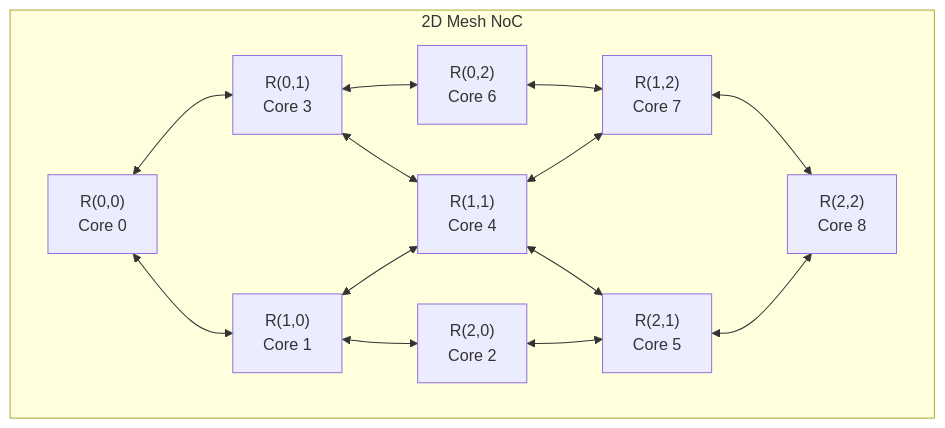
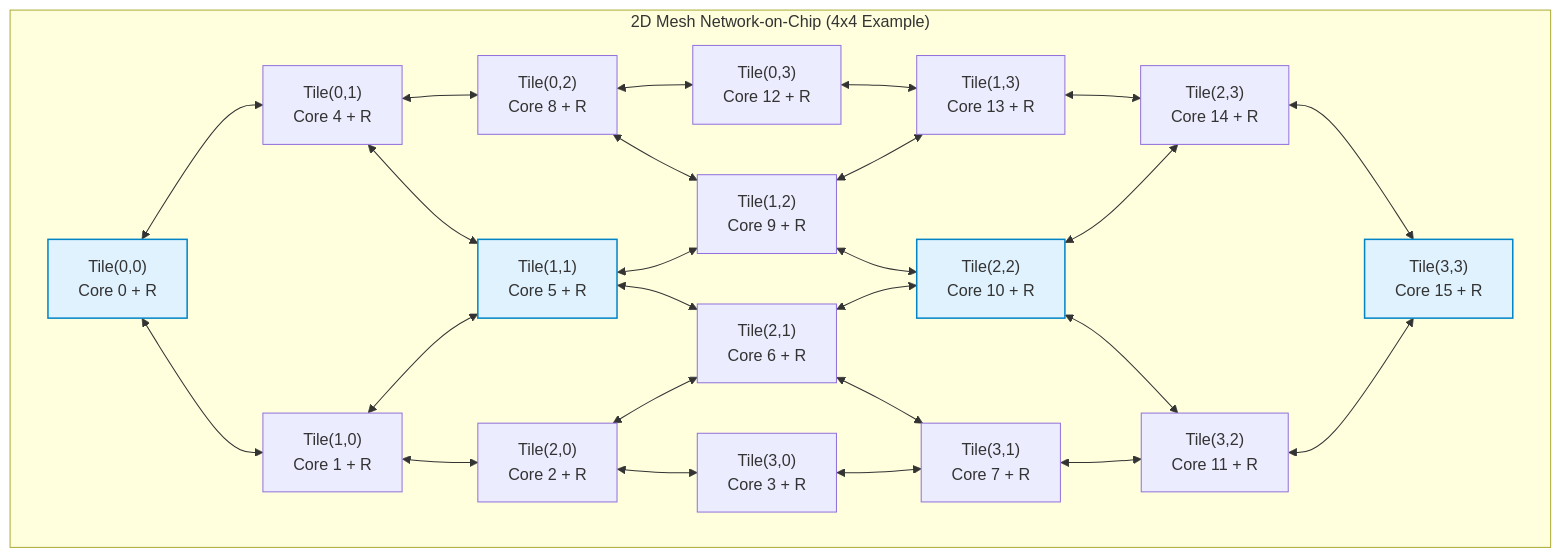
Before and after one commit to network-on-chip/learning: the third of 3 diagrams in docs/track1-fundamentals/01-why-noc.md, drawn with Mermaid. The commit also changed other lines of this file and 7 other files, not shown here.

Commit message:
Upgrade Track 1: Interconnect Fundamentals with 4 interactive tools, rigorous physics models, and Network Interface (NI) architecture

````diff
--- a/docs/track1-fundamentals/01-why-noc.md
+++ b/docs/track1-fundamentals/01-why-noc.md
@@ -71,11 +131,19 @@
 ```mermaid
 graph TD
-  subgraph 2D Mesh NoC
-    R00["R(0,0)<br/>Core 0"] <--> R10["R(1,0)<br/>Core 1"] <--> R20["R(2,0)<br/>Core 2"]
-    R01["R(0,1)<br/>Core 3"] <--> R11["R(1,1)<br/>Core 4"] <--> R21["R(2,1)<br/>Core 5"]
-    R02["R(0,2)<br/>Core 6"] <--> R12["R(1,2)<br/>Core 7"] <--> R22["R(2,2)<br/>Core 8"]
-    R00 <--> R01 <--> R02
-    R10 <--> R11 <--> R12
-    R20 <--> R21 <--> R22
+  subgraph Mesh2D ["2D Mesh Network-on-Chip (4x4 Example)"]
+    T00["Tile(0,0)<br/>Core 0 + R"] <--> T10["Tile(1,0)<br/>Core 1 + R"] <--> T20["Tile(2,0)<br/>Core 2 + R"] <--> T30["Tile(3,0)<br/>Core 3 + R"]
+    T01["Tile(0,1)<br/>Core 4 + R"] <--> T11["Tile(1,1)<br/>Core 5 + R"] <--> T21["Tile(2,1)<br/>Core 6 + R"] <--> T31["Tile(3,1)<br/>Core 7 + R"]
+    T02["Tile(0,2)<br/>Core 8 + R"] <--> T12["Tile(1,2)<br/>Core 9 + R"] <--> T22["Tile(2,2)<br/>Core 10 + R"] <--> T32["Tile(3,2)<br/>Core 11 + R"]
+    T03["Tile(0,3)<br/>Core 12 + R"] <--> T13["Tile(1,3)<br/>Core 13 + R"] <--> T23["Tile(2,3)<br/>Core 14 + R"] <--> T33["Tile(3,3)<br/>Core 15 + R"]
+
+    T00 <--> T01 <--> T02 <--> T03
+    T10 <--> T11 <--> T12 <--> T13
+    T20 <--> T21 <--> T22 <--> T23
+    T30 <--> T31 <--> T32 <--> T33
   end
+
+  style T00 fill:#e0f2fe,stroke:#0284c7,stroke-width:1.5px;
+  style T11 fill:#e0f2fe,stroke:#0284c7,stroke-width:1.5px;
+  style T22 fill:#e0f2fe,stroke:#0284c7,stroke-width:1.5px;
+  style T33 fill:#e0f2fe,stroke:#0284c7,stroke-width:1.5px;
 ```
````
